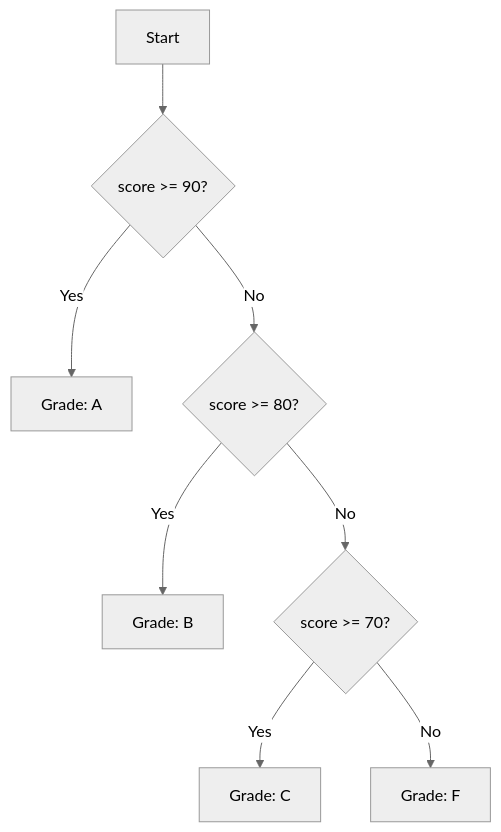
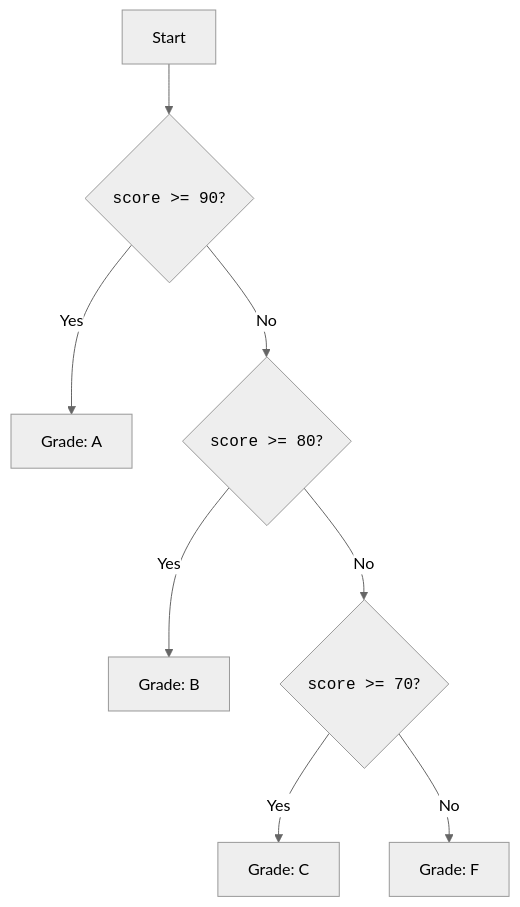
The diagram in content/learn/python-basics/control-flow.mdx (dataslope/dataslope), drawn with Mermaid (neutral theme) before and after one commit. The commit also changed 56 other files, not shown here.

````diff
--- a/content/learn/python-basics/control-flow.mdx
+++ b/content/learn/python-basics/control-flow.mdx
@@ -14,10 +14,10 @@
 ```mermaid
 flowchart TD
-    A[Start] --> B{score >= 90?}
+    A[Start] --> B{"<code>score &gt;= 90</code>?"}
     B -- Yes --> C[Grade: A]
-    B -- No --> D{score >= 80?}
+    B -- No --> D{"<code>score &gt;= 80</code>?"}
     D -- Yes --> E[Grade: B]
-    D -- No --> F{score >= 70?}
+    D -- No --> F{"<code>score &gt;= 70</code>?"}
     F -- Yes --> G[Grade: C]
     F -- No --> H[Grade: F]
 ```
````
